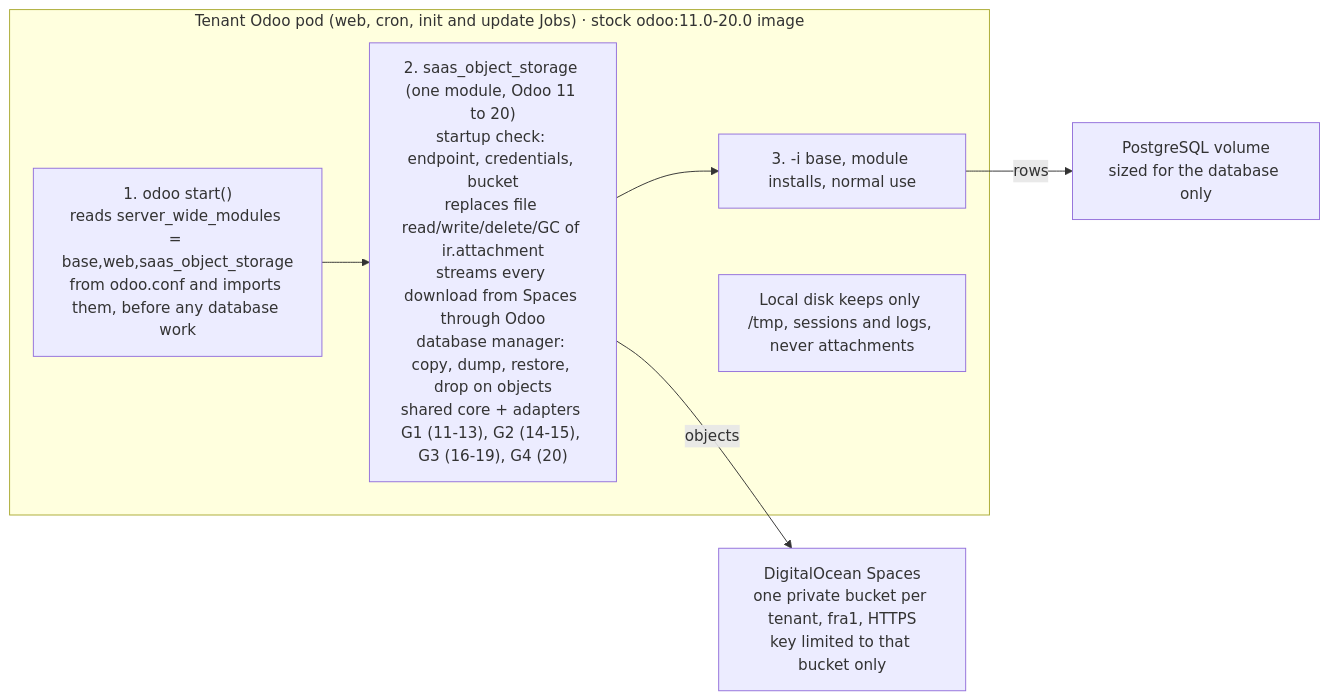
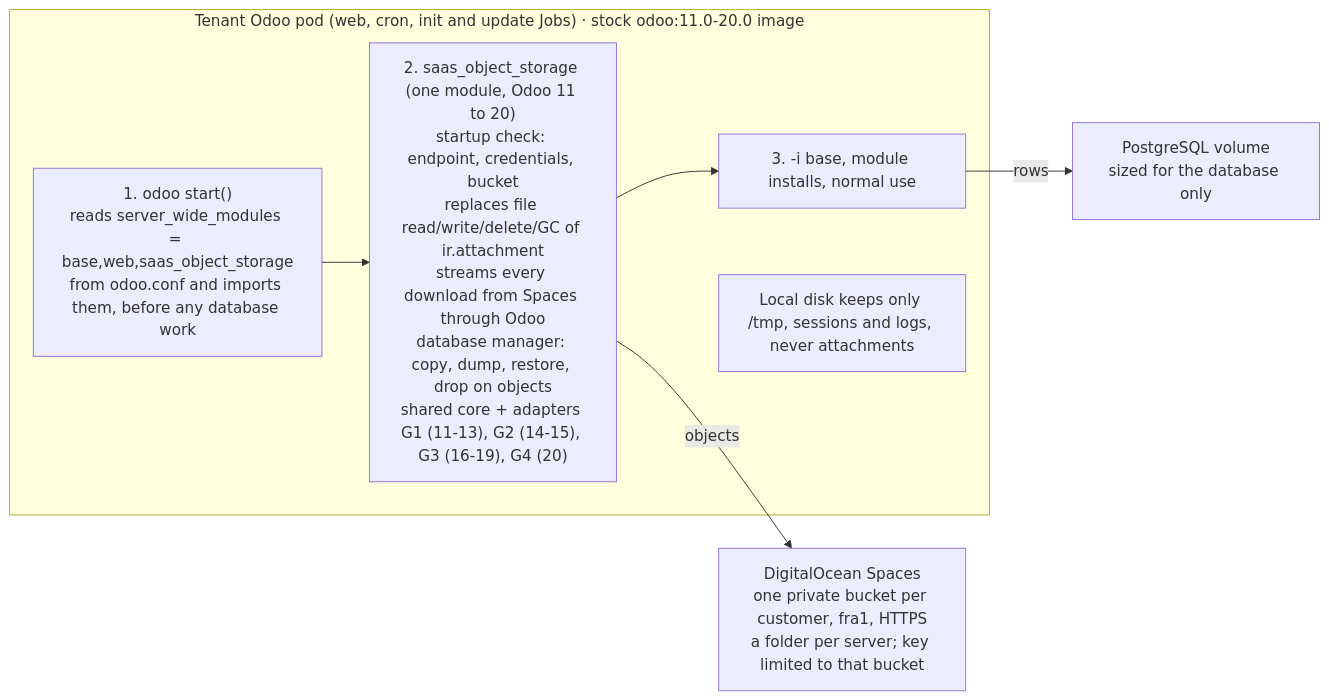
Before and after one commit to moutazmuhammad/odoo-saas-platform: the diagram in PLAN-spaces-filestore.md, drawn with Mermaid. The commit also changed other lines of this file, not shown here.

Commit message:
Spaces plan: one bucket and key per customer, folder per server

````diff
--- a/PLAN-spaces-filestore.md
+++ b/PLAN-spaces-filestore.md
@@ -44,14 +44,14 @@
 ```mermaid
 flowchart LR
     subgraph POD["Tenant Odoo pod (web, cron, init and update Jobs) · stock odoo:11.0-20.0 image"]
         A["1. odoo start()<br/>reads server_wide_modules = base,web,saas_object_storage<br/>from odoo.conf and imports them, before any database work"]
         B["2. saas_object_storage (one module, Odoo 11 to 20)<br/>startup check: endpoint, credentials, bucket<br/>replaces file read/write/delete/GC of ir.attachment<br/>streams every download from Spaces through Odoo<br/>database manager: copy, dump, restore, drop on objects<br/>shared core + adapters G1 (11-13), G2 (14-15), G3 (16-19), G4 (20)"]
         C["3. -i base, module installs, normal use"]
         L["Local disk keeps only /tmp, sessions and logs, never attachments"]
         A --> B --> C
     end
-    S["DigitalOcean Spaces<br/>one private bucket per tenant, fra1, HTTPS<br/>key limited to that bucket only"]
+    S["DigitalOcean Spaces<br/>one private bucket per customer, fra1, HTTPS<br/>a folder per server; key limited to that bucket"]
     P["PostgreSQL volume<br/>sized for the database only"]
     B -- objects --> S
     C -- rows --> P
 ```
````
